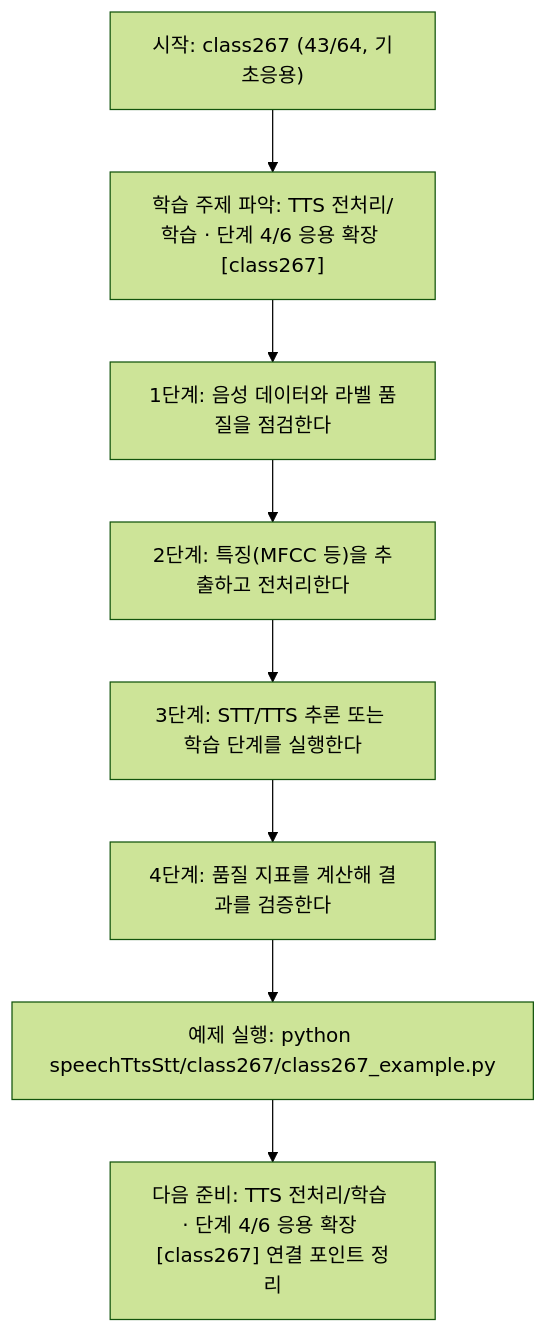
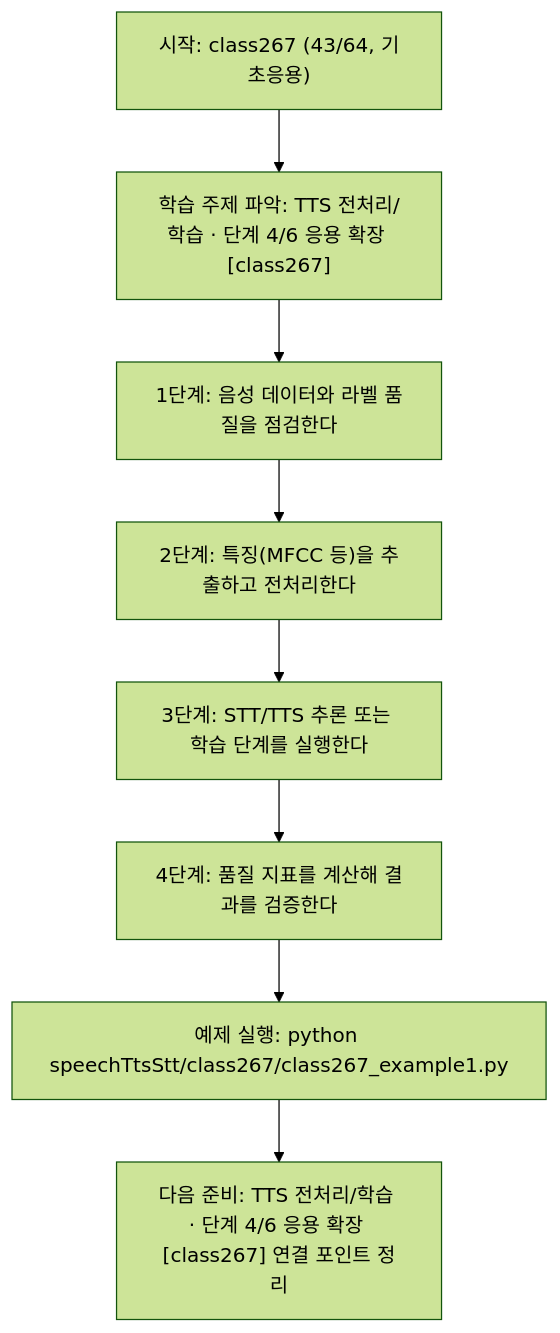
Before and after one commit to edumgt/Python-AI_Agent-Class: the diagram in speechTtsStt/class267/class267.md, drawn with Mermaid (forest theme). The commit also changed other lines of this file and 2959 other files, not shown here.

````diff
--- a/speechTtsStt/class267/class267.md
+++ b/speechTtsStt/class267/class267.md
@@ -114,18 +114,18 @@
 ```mermaid
 flowchart TD
 N1["시작: class267 (43/64, 기초응용)"]
 N2["학습 주제 파악: TTS 전처리/학습 · 단계 4/6 응용 확장 [class267]"]
 N3["1단계: 음성 데이터와 라벨 품질을 점검한다"]
 N4["2단계: 특징(MFCC 등)을 추출하고 전처리한다"]
 N5["3단계: STT/TTS 추론 또는 학습 단계를 실행한다"]
 N6["4단계: 품질 지표를 계산해 결과를 검증한다"]
-N7["예제 실행: python speechTtsStt/class267/class267_example.py"]
+N7["예제 실행: python speechTtsStt/class267/class267_example1.py"]
 N8["다음 준비: TTS 전처리/학습 · 단계 4/6 응용 확장 [class267] 연결 포인트 정리"]
 N1 --> N2
 N2 --> N3
 N3 --> N4
 N4 --> N5
 N5 --> N6
 N6 --> N7
 N7 --> N8
 ```
````
